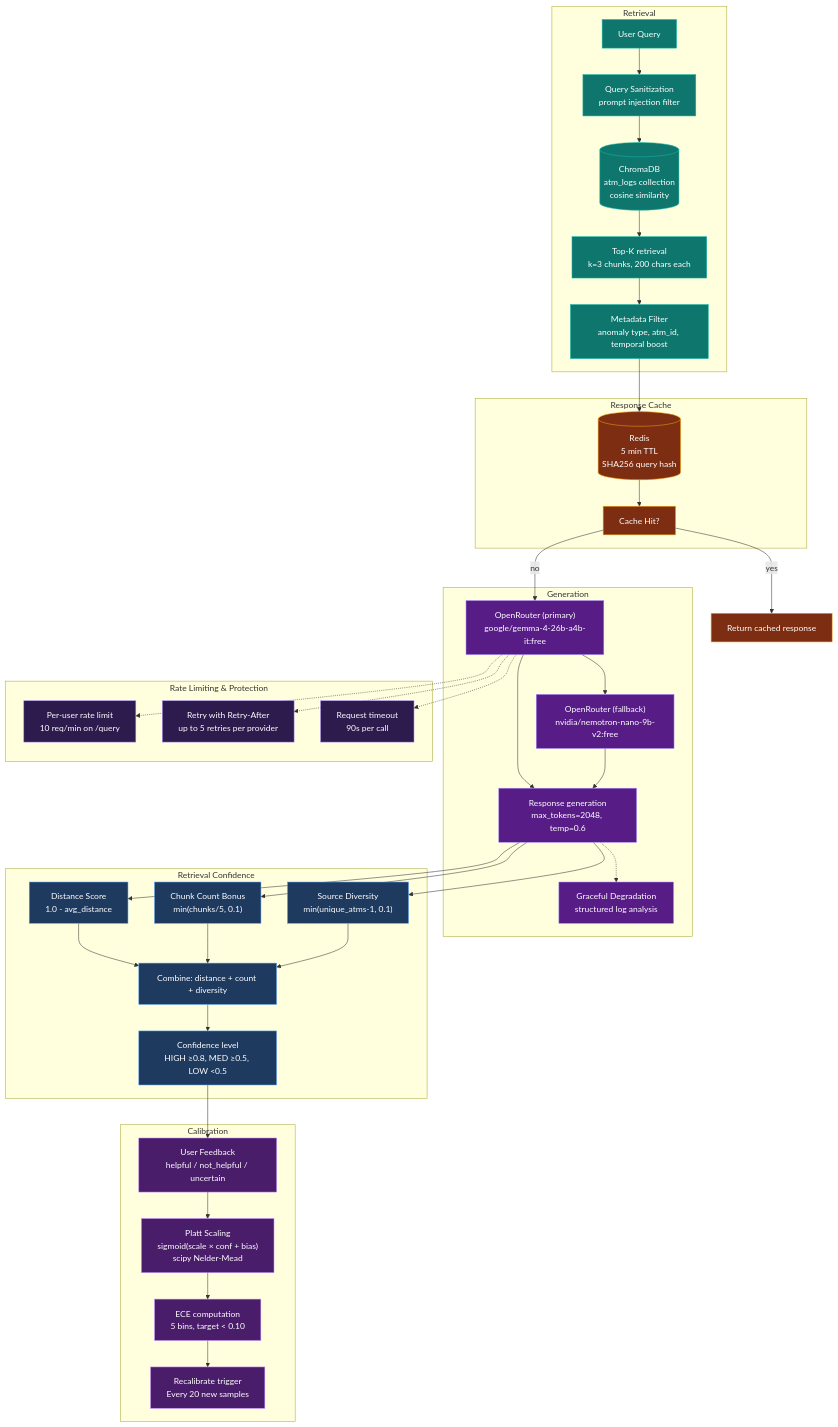
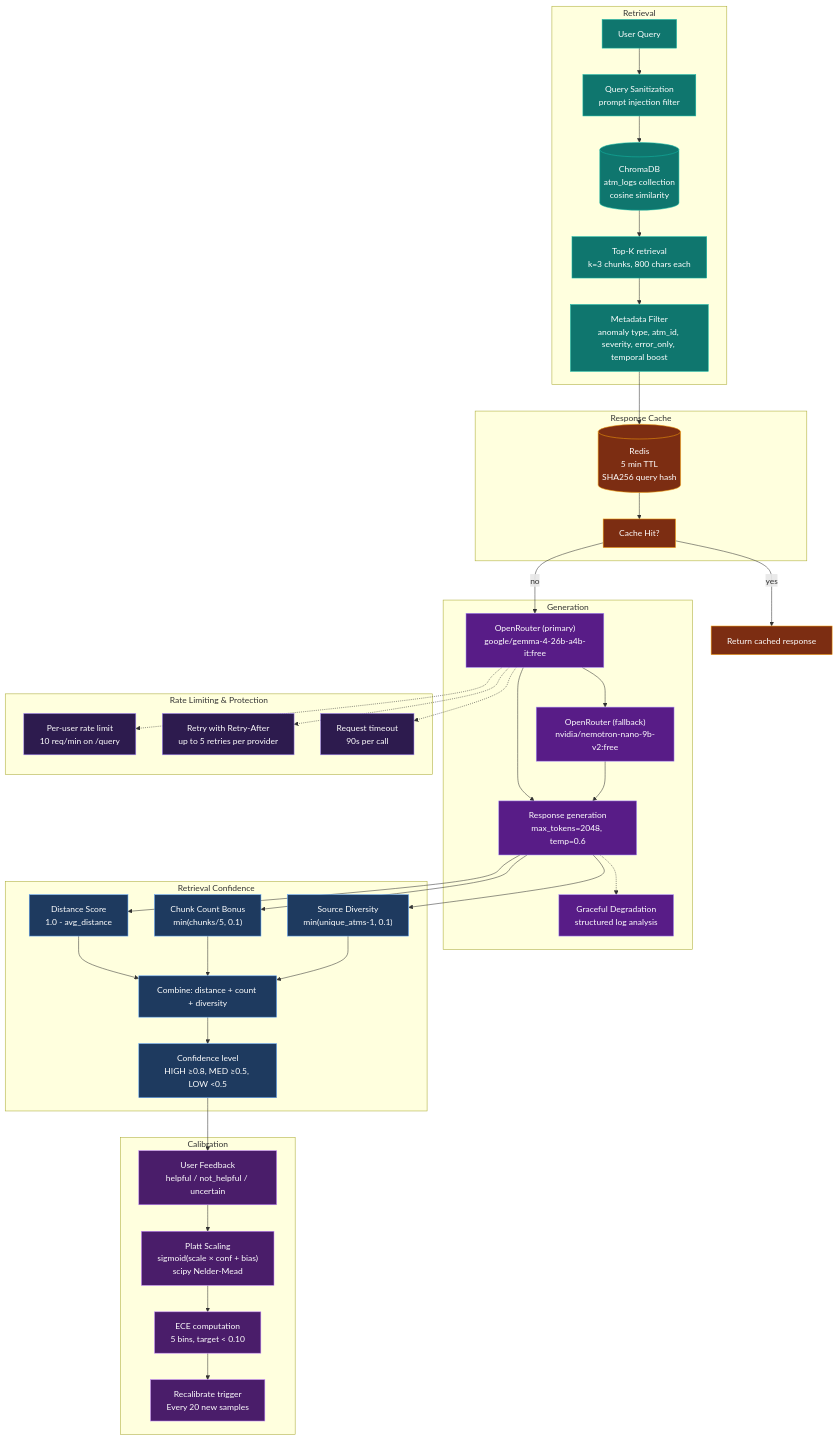
One commit to AhmedIkram05/laad changed the eighth of 9 diagrams in README.md. Above: the diagram before and after it, drawn with Mermaid. The commit also changed other lines of this file and 4 other files, not shown here.

````diff
--- a/README.md
+++ b/README.md
@@ -922,76 +922,76 @@
 ```mermaid
 flowchart TD
   subgraph Retrieval ["Retrieval"]
     Q["User Query"]
     SAN["Query Sanitization\nprompt injection filter"]
     CDB[("ChromaDB\natm_logs collection\ncosine similarity")]
-    TOPK["Top-K retrieval\nk=3 chunks, 200 chars each"]
-    FILTER["Metadata Filter\nanomaly type, atm_id, temporal boost"]
+    TOPK["Top-K retrieval\nk=3 chunks, 800 chars each"]
+    FILTER["Metadata Filter\nanomaly type, atm_id, severity, error_only, temporal boost"]
   end
 
   subgraph Cache ["Response Cache"]
     REDIS[("Redis\n5 min TTL\nSHA256 query hash")]
     HIT["Cache Hit?"]
   end
 
   subgraph Generation ["Generation"]
     OPENR["OpenRouter (primary)\ngoogle/gemma-4-26b-a4b-it:free"]
     FALLBACK["OpenRouter (fallback)\nnvidia/nemotron-nano-9b-v2:free"]
     GRACEFUL["Graceful Degradation\nstructured log analysis"]
     GEN["Response generation\nmax_tokens=2048, temp=0.6"]
   end
 
   subgraph Confidence ["Retrieval Confidence"]
     DIST["Distance Score\n1.0 - avg_distance"]
     COUNT["Chunk Count Bonus\nmin(chunks/5, 0.1)"]
     DIVERSITY["Source Diversity\nmin(unique_atms-1, 0.1)"]
     COMBINE["Combine: distance + count + diversity"]
     LEVEL["Confidence level\nHIGH ≥0.8, MED ≥0.5, LOW <0.5"]
   end
 
   subgraph Calibration ["Calibration"]
     FB["User Feedback\nhelpful / not_helpful / uncertain"]
     PLATT["Platt Scaling\nsigmoid(scale × conf + bias)\nscipy Nelder-Mead"]
     ECE["ECE computation\n5 bins, target < 0.10"]
     RECAL["Recalibrate trigger\nEvery 20 new samples"]
   end
 
   subgraph Protection ["Rate Limiting & Protection"]
     RL["Per-user rate limit\n10 req/min on /query"]
     RETRY["Retry with Retry-After\nup to 5 retries per provider"]
     TIMEOUT["Request timeout\n90s per call"]
   end
 
   Q --> SAN --> CDB --> TOPK --> FILTER
   FILTER --> REDIS
   REDIS --> HIT
   HIT -->|"yes"| RESP["Return cached response"]
   HIT -->|"no"| OPENR
   OPENR --> GEN
   OPENR --> FALLBACK
   FALLBACK --> GEN
   GEN --> DIST
   GEN --> COUNT
   GEN --> DIVERSITY
   DIST & COUNT & DIVERSITY --> COMBINE --> LEVEL
   LEVEL --> FB
   FB --> PLATT --> ECE --> RECAL
   OPENR -.-> RL
   OPENR -.-> RETRY
   OPENR -.-> TIMEOUT
   GEN -.-> GRACEFUL
 
   classDef retrieval fill:#0f766e,stroke:#14b8a6,color:#ffffff;
   classDef cache fill:#7c2d12,stroke:#f59e0b,color:#ffffff;
   classDef gen fill:#581c87,stroke:#a78bfa,color:#ffffff;
   classDef conf fill:#1e3a5f,stroke:#60a5fa,color:#ffffff;
   classDef cal fill:#4a1d6a,stroke:#c084fc,color:#ffffff;
   classDef prot fill:#2d1b4e,stroke:#a78bfa,color:#ffffff;
 
   class Q,SAN,CDB,TOPK,FILTER retrieval;
   class REDIS,HIT,RESP cache;
   class OPENR,FALLBACK,GRACEFUL,GEN gen;
   class DIST,COUNT,DIVERSITY,COMBINE,LEVEL conf;
   class FB,PLATT,ECE,RECAL cal;
   class RL,RETRY,TIMEOUT prot;
 ```
````
